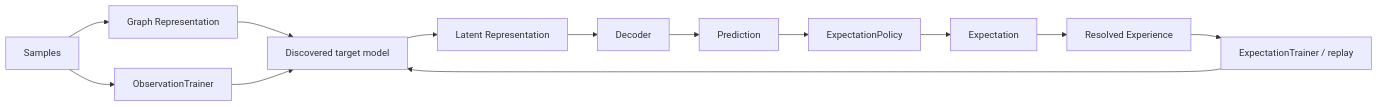
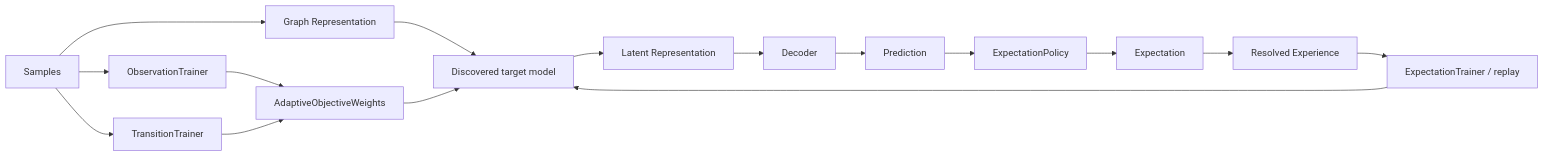
Before and after one commit to skasti/skyn-vaettr: the seventh of 7 diagrams in docs/expectations.md, drawn with Mermaid. The commit also changed other lines of this file, not shown here.

Commit message:
Document adaptive multi-objective self-supervision

````diff
--- a/docs/expectations.md
+++ b/docs/expectations.md
@@ -135,16 +174,20 @@
 ```mermaid
 flowchart LR
     S[Samples] --> R1[Graph Representation]
     R1 --> M[Discovered target model]
     M --> R2[Latent Representation]
     R2 --> D[Decoder]
     D --> P[Prediction]
     P --> EP[ExpectationPolicy]
     EP --> E[Expectation]
 
-    S --> OT[ObservationTrainer]
-    OT --> M
+    S --> C[ObservationTrainer]
+    S --> T[TransitionTrainer]
+    C --> W[AdaptiveObjectiveWeights]
+    T --> W
+    W --> M
+
     E --> X[Resolved Experience]
     X --> ET[ExpectationTrainer / replay]
     ET --> M
 ```
````
